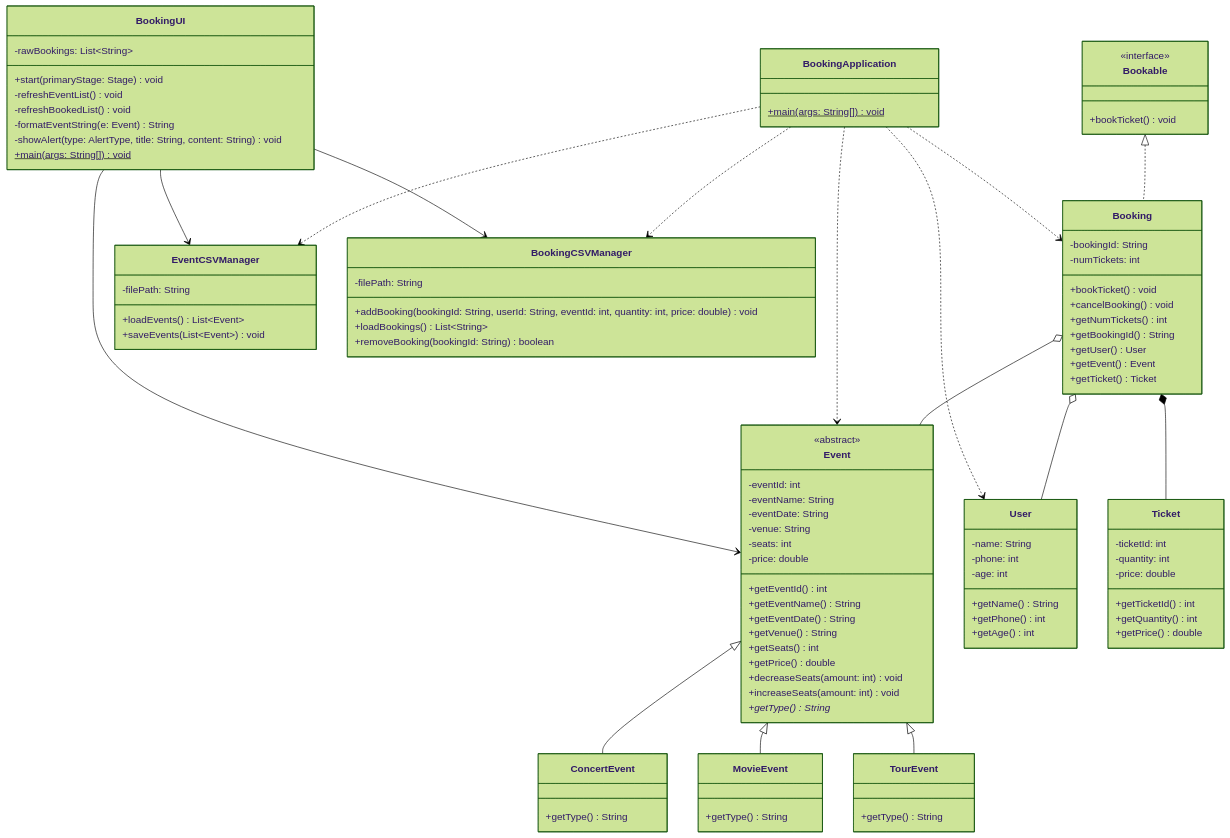
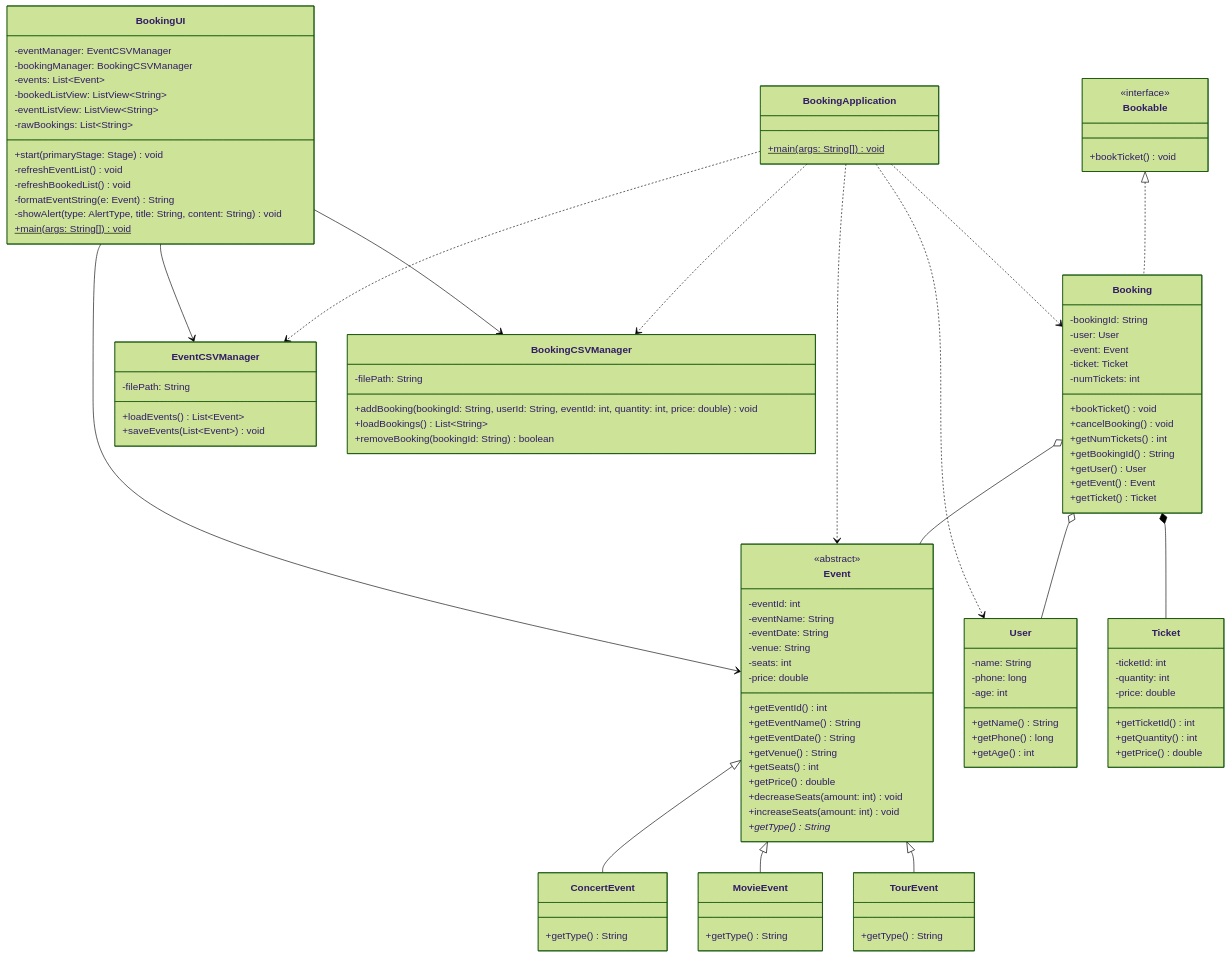
One commit to BalGovindB/ebts changed the diagram in ARCHITECTURE.md. Above: the diagram before and after it, drawn with Mermaid (forest theme). The commit also changed 1 other file, not shown here.

Commit message:
update:class diagram

```diff
--- a/ARCHITECTURE.md
+++ b/ARCHITECTURE.md
@@ -42,10 +42,10 @@
 
     class User {
         -name: String
-        -phone: int
+        -phone: long
         -age: int
         +getName() String
-        +getPhone() int
+        +getPhone() long
         +getAge() int
     }
 
@@ -60,6 +60,9 @@
 
     class Booking {
         -bookingId: String
+        -user: User
+        -event: Event
+        -ticket: Ticket
         -numTickets: int
         +bookTicket() void
         +cancelBooking() void
@@ -88,6 +91,11 @@
     }
 
     class BookingUI {
+        -eventManager: EventCSVManager
+        -bookingManager: BookingCSVManager
+        -events: List~Event~
+        -bookedListView: ListView~String~
+        -eventListView: ListView~String~
         -rawBookings: List~String~
         +start(primaryStage: Stage) void
         -refreshEventList() void
```
